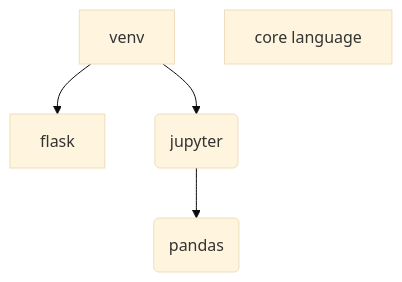
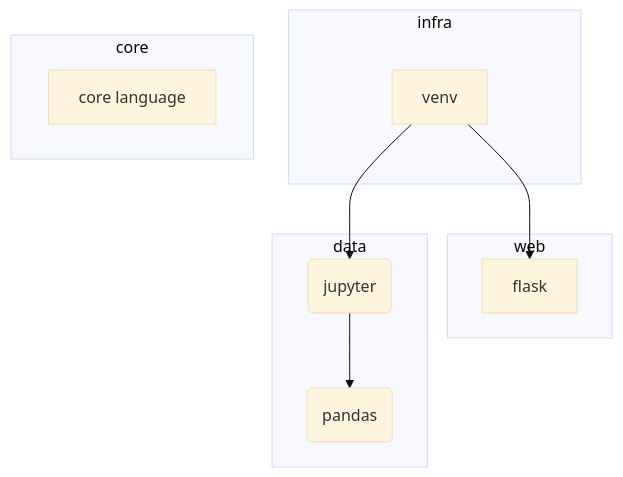
Before and after one commit to SGo-Go/learning: the first of 3 diagrams in docs/programming/python/README.md, drawn with Mermaid (base theme). The commit also changed other lines of this file and 7 other files, not shown here.

````diff
--- a/docs/programming/python/README.md
+++ b/docs/programming/python/README.md
@@ -7,8 +9,23 @@
 ```mermaid
 flowchart TD
 
-A0[venv] --> B0[flask]
-A0 --> A1(jupyter)
-A1 --> C(pandas)
-B1[core language]
+subgraph infra
+  venv
+end
+
+subgraph web
+  flask
+end
+
+subgraph data
+  jupyter(jupyter)
+  jupyter --> pandas(pandas)
+end
+
+subgraph core
+  language[core language]
+end
+
+venv --> flask
+venv --> jupyter
 ```
````
